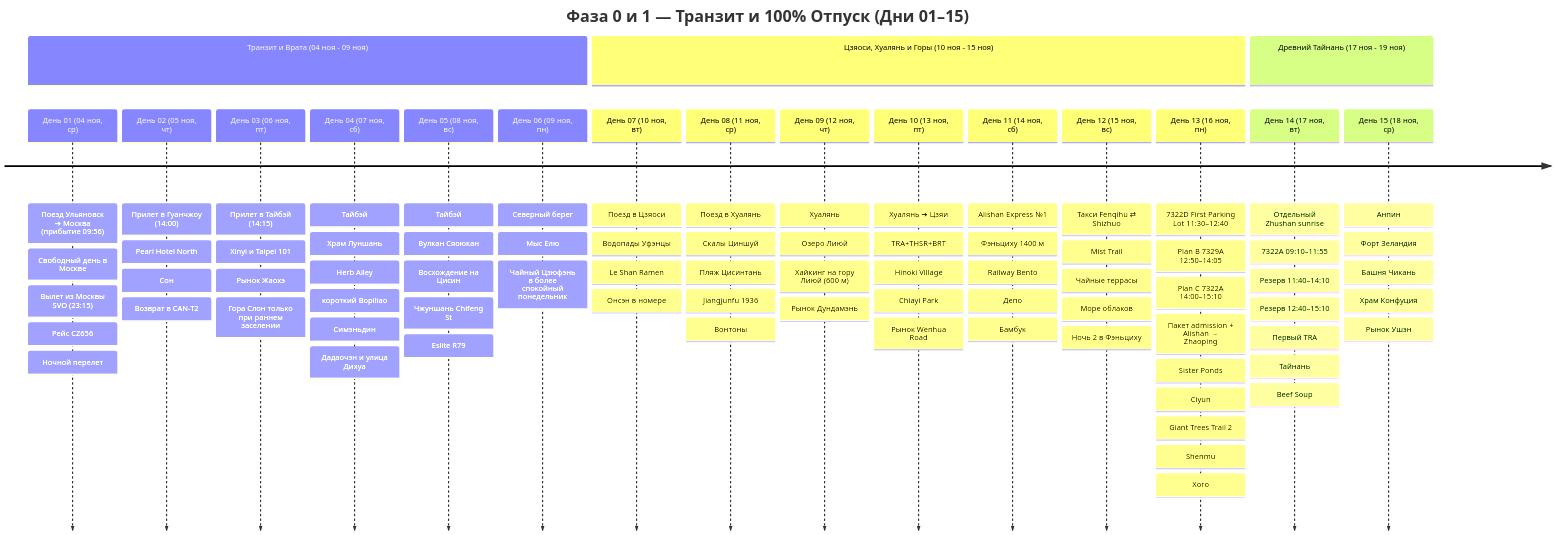
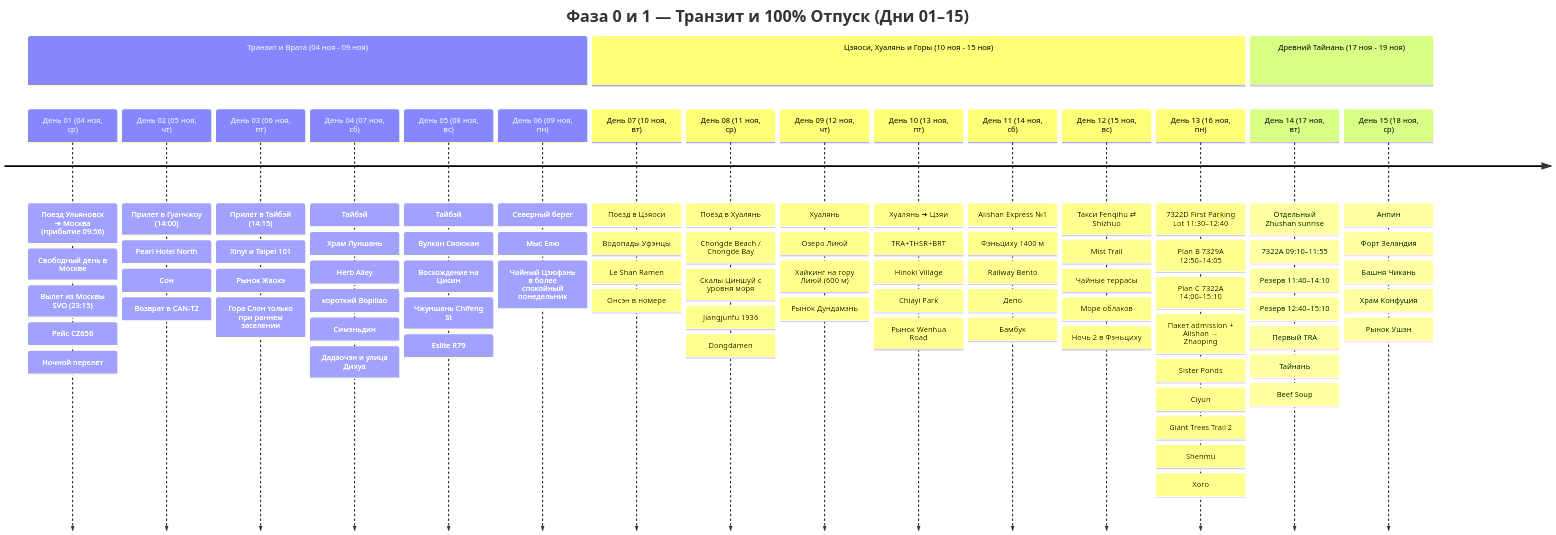
One commit to injurka/obsidian-mark changed the first of 2 diagrams in Personal Note/Travel/-- Taiwan/Taiwan.md. Above: the diagram before and after it, drawn with Mermaid. The commit also changed other lines of this file and 54 other files, not shown here.

````diff
--- a/Personal Note/Travel/-- Taiwan/Taiwan.md
+++ b/Personal Note/Travel/-- Taiwan/Taiwan.md
@@ -65,22 +65,22 @@
 ```mermaid
 timeline
     title Фаза 0 и 1 — Транзит и 100% Отпуск (Дни 01–15)
     section Транзит и Врата (04 ноя - 09 ноя)
         День 01 (04 ноя, ср) : Поезд Ульяновск ➔ Москва (прибытие 09:56) : Свободный день в Москве : Вылет из Москвы SVO (23:15) : Рейс CZ656 : Ночной перелет
         День 02 (05 ноя, чт) : Прилет в Гуанчжоу (14:00) : Pearl Hotel North : Сон : Возврат в CAN-T2
         День 03 (06 ноя, пт) : Прилет в Тайбэй (14:15) : Xinyi и Taipei 101 : Рынок Жаохэ : Гора Слон только при раннем заселении
         День 04 (07 ноя, сб) : Тайбэй : Храм Луншань : Herb Alley : короткий Bopiliao : Симэньдин : Дадаочэн и улица Дихуа
         День 05 (08 ноя, вс) : Тайбэй : Вулкан Сяоюкан : Восхождение на Цисин : Чжуншань Chifeng St : Eslite R79
         День 06 (09 ноя, пн) : Северный берег : Мыс Елю : Чайный Цзюфэнь в более спокойный понедельник
     section Цзяоси, Хуалянь и Горы (10 ноя - 15 ноя)
         День 07 (10 ноя, вт) : Поезд в Цзяоси : Водопады Уфэнцы : Le Shan Ramen : Онсэн в номере
-        День 08 (11 ноя, ср) : Поезд в Хуалянь : Скалы Циншуй : Пляж Цисинтань : Jiangjunfu 1936 : Вонтоны
+        День 08 (11 ноя, ср) : Поезд в Хуалянь : Chongde Beach / Chongde Bay : Скалы Циншуй с уровня моря : Jiangjunfu 1936 : Dongdamen
         День 09 (12 ноя, чт) : Хуалянь : Озеро Лиюй : Хайкинг на гору Лиюй (600 м) : Рынок Дундамэнь
         День 10 (13 ноя, пт) : Хуалянь ➔ Цзяи : TRA+THSR+BRT : Hinoki Village : Chiayi Park : Рынок Wenhua Road
         День 11 (14 ноя, сб) : Alishan Express №1 : Фэньциху 1400 м : Railway Bento : Депо : Бамбук
         День 12 (15 ноя, вс) : Такси Fenqihu ⇄ Shizhuo : Mist Trail : Чайные террасы : Море облаков : Ночь 2 в Фэньциху
         День 13 (16 ноя, пн) : 7322D First Parking Lot 11:30–12:40 : Plan B 7329A 12:50–14:05 : Plan C 7322A 14:00–15:10 : Пакет admission + Alishan → Zhaoping : Sister Ponds : Ciyun : Giant Trees Trail 2 : Shenmu : Хого
     section Древний Тайнань (17 ноя - 19 ноя)
         День 14 (17 ноя, вт) : Отдельный Zhushan sunrise : 7322A 09:10–11:55 : Резерв 11:40–14:10 : Резерв 12:40–15:10 : Первый TRA : Тайнань : Beef Soup
         День 15 (18 ноя, ср) : Анпин : Форт Зеландия : Башня Чикань : Храм Конфуция : Рынок Ушэн
 ```
````
